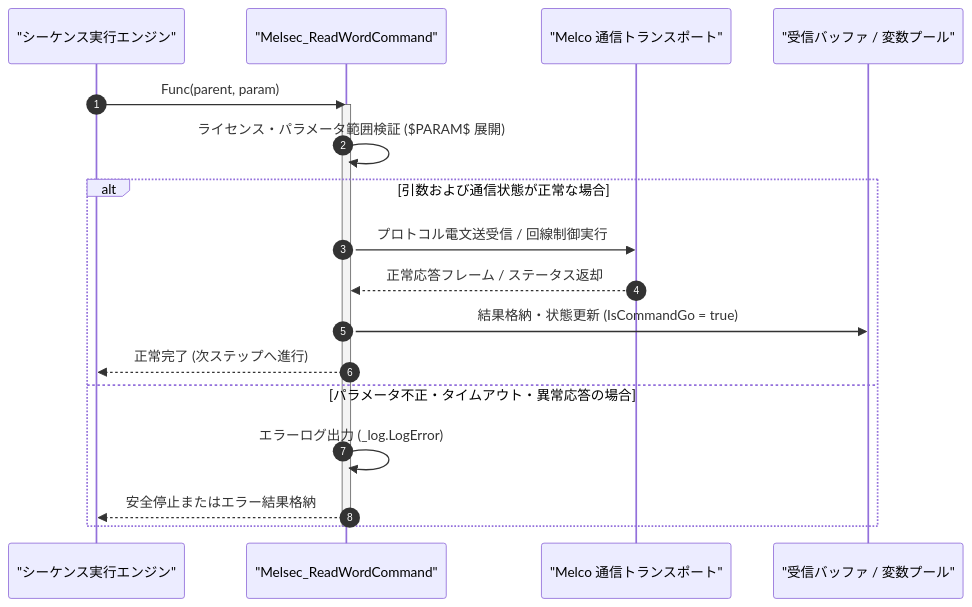
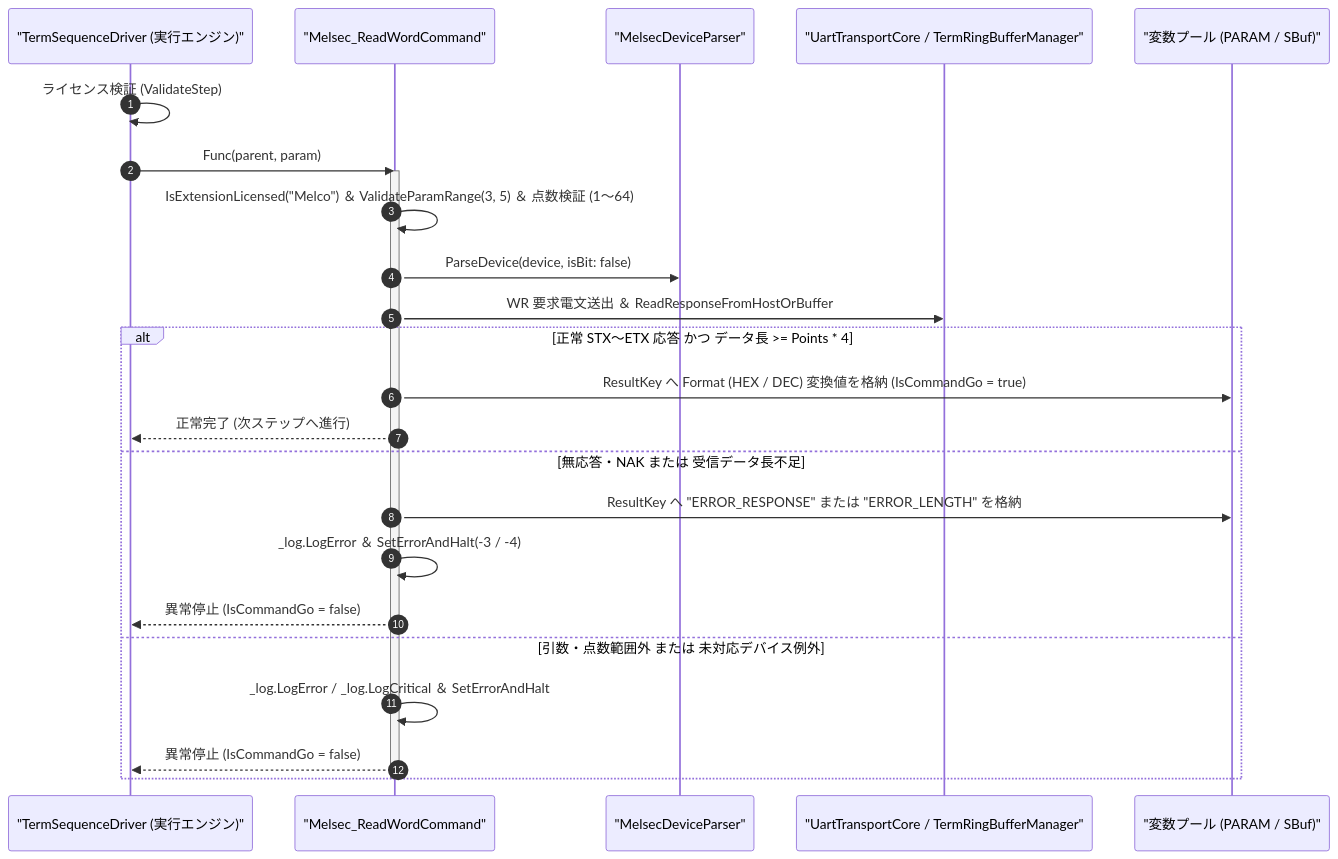
Before and after one commit to Monaca-App/TermAddIn: the diagram in Manual/Melco/Melsec_ReadWord.Md, drawn with Mermaid. The commit also changed other lines of this file and 157 other files, not shown here.

````diff
--- a/Manual/Melco/Melsec_ReadWord.Md
+++ b/Manual/Melco/Melsec_ReadWord.Md
@@ -83,22 +87,28 @@
 ```mermaid
 sequenceDiagram
     autonumber
-    participant Script as "シーケンス実行エンジン"
+    participant Driver as "TermSequenceDriver (実行エンジン)"
     participant Cmd as "Melsec_ReadWordCommand"
-    participant Trans as "Melco 通信トランスポート"
-    participant Buf as "受信バッファ / 変数プール"
+    participant Parser as "MelsecDeviceParser"
+    participant Port as "UartTransportCore / TermRingBufferManager"
+    participant Buf as "変数プール (PARAM / SBuf)"
 
-    Script->>Cmd: Func(parent, param)
+    Driver->>Driver: ライセンス検証 (ValidateStep)
+    Driver->>Cmd: Func(parent, param)
     activate Cmd
-    Cmd->>Cmd: ライセンス・パラメータ範囲検証 ($PARAM$ 展開)
-    alt 引数および通信状態が正常な場合
-        Cmd->>Trans: プロトコル電文送受信 / 回線制御実行
-        Trans-->>Cmd: 正常応答フレーム / ステータス返却
-        Cmd->>Buf: 結果格納・状態更新 (IsCommandGo = true)
-        Cmd-->>Script: 正常完了 (次ステップへ進行)
-    else パラメータ不正・タイムアウト・異常応答の場合
-        Cmd->>Cmd: エラーログ出力 (_log.LogError)
-        Cmd-->>Script: 安全停止またはエラー結果格納
+    Cmd->>Cmd: IsExtensionLicensed("Melco") ＆ ValidateParamRange(3, 5) ＆ 点数検証 (1〜64)
+    Cmd->>Parser: ParseDevice(device, isBit: false)
+    Cmd->>Port: WR 要求電文送出 ＆ ReadResponseFromHostOrBuffer
+    alt 正常 STX〜ETX 応答 かつ データ長 >= Points * 4
+        Cmd->>Buf: ResultKey へ Format (HEX / DEC) 変換値を格納 (IsCommandGo = true)
+        Cmd-->>Driver: 正常完了 (次ステップへ進行)
+    else 無応答・NAK または 受信データ長不足
+        Cmd->>Buf: ResultKey へ "ERROR_RESPONSE" または "ERROR_LENGTH" を格納
+        Cmd->>Cmd: _log.LogError ＆ SetErrorAndHalt(-3 / -4)
+        Cmd-->>Driver: 異常停止 (IsCommandGo = false)
+    else 引数・点数範囲外 または 未対応デバイス例外
+        Cmd->>Cmd: _log.LogError / _log.LogCritical ＆ SetErrorAndHalt
+        Cmd-->>Driver: 異常停止 (IsCommandGo = false)
     end
     deactivate Cmd
 ```
````
